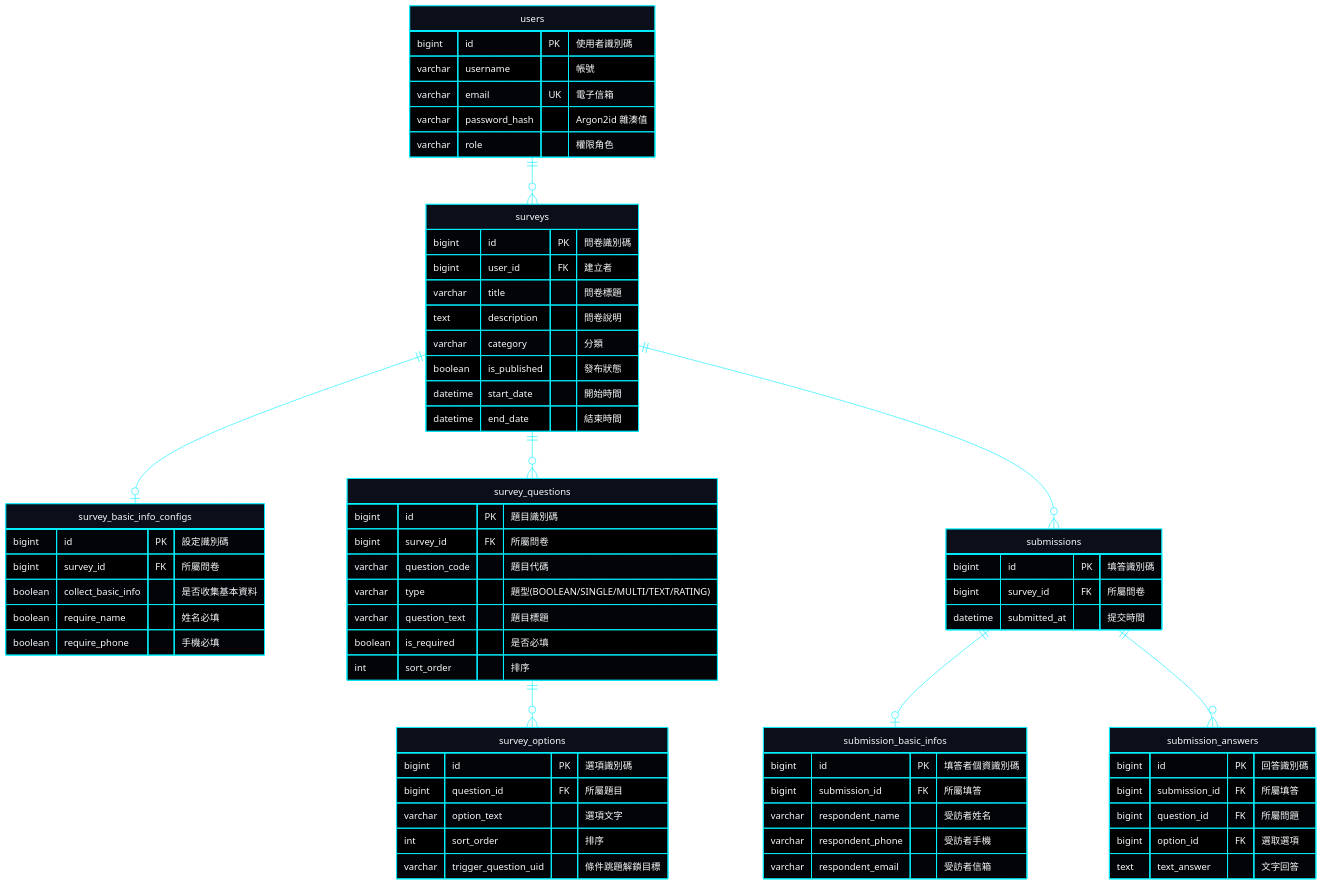
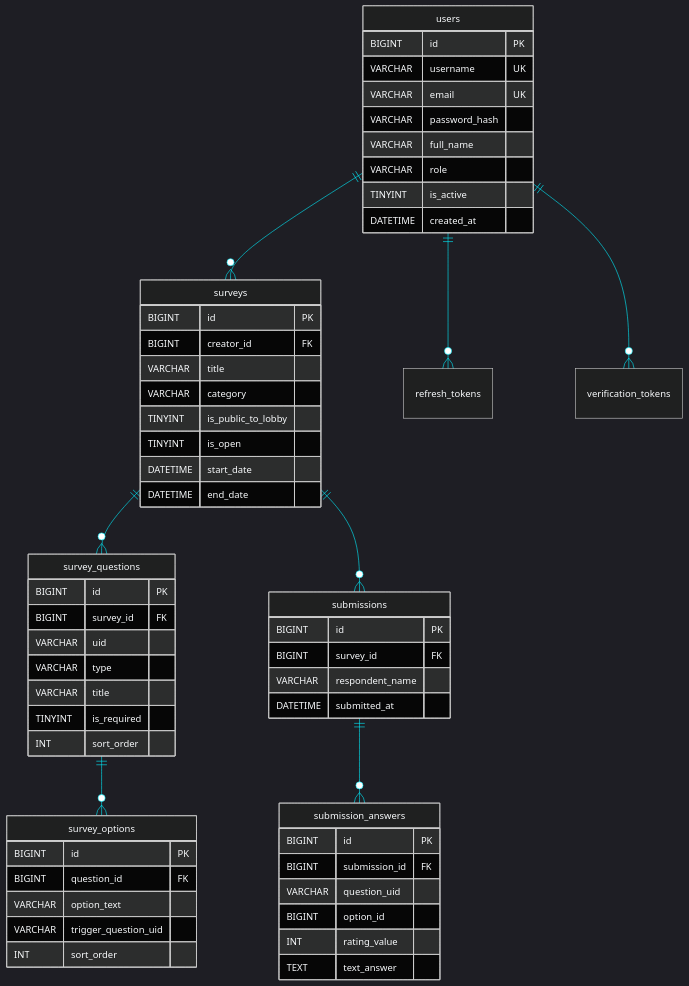
One commit to EricXJason/survey-flow changed the second of 2 diagrams in README.md. Above: the diagram before and after it, drawn with Mermaid. The commit also changed other lines of this file and 33 other files, not shown here.

````diff
--- a/README.md
+++ b/README.md
@@ -64,78 +72,67 @@
 ```mermaid
-%%{init: {'theme': 'base', 'themeVariables': { 'darkMode': true, 'background': '#030712', 'primaryColor': '#0b0f19', 'primaryTextColor': '#f8fafc', 'primaryBorderColor': '#00f0ff', 'lineColor': '#00f0ff', 'attributeBackgroundColorOdd': '#060a14', 'attributeBackgroundColorEven': '#0b0f19' }, 'themeCSS': 'rect, .node rect { rx: 0px !important; ry: 0px !important; } .er.relationshipLabelBox { fill: none !important; stroke: none !important; display: none !important; }' }}%%
+%%{init: {'theme': 'dark', 'themeVariables': { 'darkMode': true, 'background': '#030712', 'primaryColor': '#0b0f19', 'primaryTextColor': '#f8fafc', 'primaryBorderColor': '#00f0ff', 'lineColor': '#00f0ff', 'textColor': '#f8fafc', 'attributeBackgroundColorOdd': '#060a14', 'attributeBackgroundColorEven': '#0b0f19' }, 'themeCSS': '.er.relationshipLabelBox { fill: none !important; stroke: none !important; display: none !important; } rect, .node rect, rect.actor { rx: 0px !important; ry: 0px !important; }' }}%%
 erDiagram
     users ||--o{ surveys : " "
-    surveys ||--o| survey_basic_info_configs : " "
     surveys ||--o{ survey_questions : " "
+    survey_questions ||--o{ survey_options : " "
     surveys ||--o{ submissions : " "
-    survey_questions ||--o{ survey_options : " "
-    submissions ||--o| submission_basic_infos : " "
     submissions ||--o{ submission_answers : " "
+    users ||--o{ refresh_tokens : " "
+    users ||--o{ verification_tokens : " "
 
     users {
-        bigint id PK "使用者識別碼"
-        varchar username "帳號"
-        varchar email UK "電子信箱"
-        varchar password_hash "Argon2id 雜湊值"
-        varchar role "權限角色"
+        BIGINT id PK
+        VARCHAR username UK
+        VARCHAR email UK
+        VARCHAR password_hash
+        VARCHAR full_name
+        VARCHAR role
+        TINYINT is_active
+        DATETIME created_at
     }
 
     surveys {
-        bigint id PK "問卷識別碼"
-        bigint user_id FK "建立者"
-        varchar title "問卷標題"
-        text description "問卷說明"
-        varchar category "分類"
-        boolean is_published "發布狀態"
-        datetime start_date "開始時間"
-        datetime end_date "結束時間"
-    }
-
-    survey_basic_info_configs {
-        bigint id PK "設定識別碼"
-        bigint survey_id FK "所屬問卷"
-        boolean collect_basic_info "是否收集基本資料"
-        boolean require_name "姓名必填"
-        boolean require_phone "手機必填"
+        BIGINT id PK
+        BIGINT creator_id FK
+        VARCHAR title
+        VARCHAR category
+        TINYINT is_public_to_lobby
+        TINYINT is_open
+        DATETIME start_date
+        DATETIME end_date
     }
 
     survey_questions {
-        bigint id PK "題目識別碼"
-        bigint survey_id FK "所屬問卷"
-        varchar question_code "題目代碼"
-        varchar type "題型(BOOLEAN/SINGLE/MULTI/TEXT/RATING)"
-        varchar question_text "題目標題"
-        boolean is_required "是否必填"
-        int sort_order "排序"
+        BIGINT id PK
+        BIGINT survey_id FK
+        VARCHAR uid
+        VARCHAR type
+        VARCHAR title
+        TINYINT is_required
+        INT sort_order
     }
 
     survey_options {
-        bigint id PK "選項識別碼"
-        bigint question_id FK "所屬題目"
-        varchar option_text "選項文字"
-        int sort_order "排序"
-        varchar trigger_question_uid "條件跳題解鎖目標"
+        BIGINT id PK
+        BIGINT question_id FK
+        VARCHAR option_text
+        VARCHAR trigger_question_uid
+        INT sort_order
     }
 
     submissions {
-        bigint id PK "填答識別碼"
-        bigint survey_id FK "所屬問卷"
-        datetime submitted_at "提交時間"
-    }
-
-    submission_basic_infos {
-        bigint id PK "填答者個資識別碼"
-        bigint submission_id FK "所屬填答"
-        varchar respondent_name "受訪者姓名"
-        varchar respondent_phone "受訪者手機"
-        varchar respondent_email "受訪者信箱"
+        BIGINT id PK
+        BIGINT survey_id FK
+        VARCHAR respondent_name
+        DATETIME submitted_at
     }
 
     submission_answers {
-        bigint id PK "回答識別碼"
-        bigint submission_id FK "所屬填答"
-        bigint question_id FK "所屬問題"
-        bigint option_id FK "選取選項"
-        text text_answer "文字回答"
+        BIGINT id PK
+        BIGINT submission_id FK
+        VARCHAR question_uid
+        BIGINT option_id
+        INT rating_value
+        TEXT text_answer
     }
 ```
````
